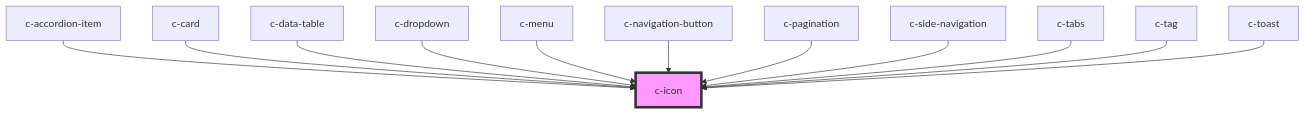
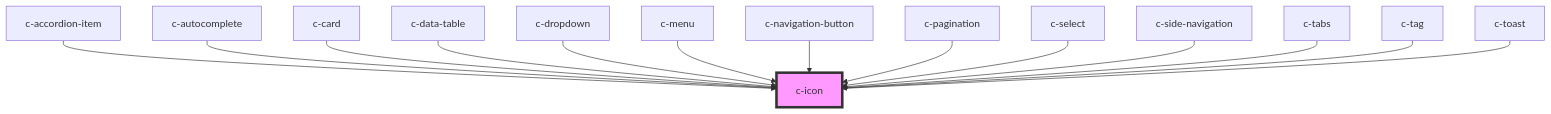
Before and after one commit to CSCfi/ui: the diagram in packages/csc-ui/src/components/c-icon/readme.md, drawn with Mermaid. The commit also changed other lines of this file and 81 other files, not shown here.

Commit message:
Feat: c-autocomplete, c-select: Improved usability in mobile browsers.

````diff
--- a/packages/csc-ui/src/components/c-icon/readme.md
+++ b/packages/csc-ui/src/components/c-icon/readme.md
@@ -41,15 +43,17 @@
 ```mermaid
 graph TD;
   c-accordion-item --> c-icon
+  c-autocomplete --> c-icon
   c-card --> c-icon
   c-data-table --> c-icon
   c-dropdown --> c-icon
   c-menu --> c-icon
   c-navigation-button --> c-icon
   c-pagination --> c-icon
+  c-select --> c-icon
   c-side-navigation --> c-icon
   c-tabs --> c-icon
   c-tag --> c-icon
   c-toast --> c-icon
   style c-icon fill:#f9f,stroke:#333,stroke-width:4px
 ```
````
